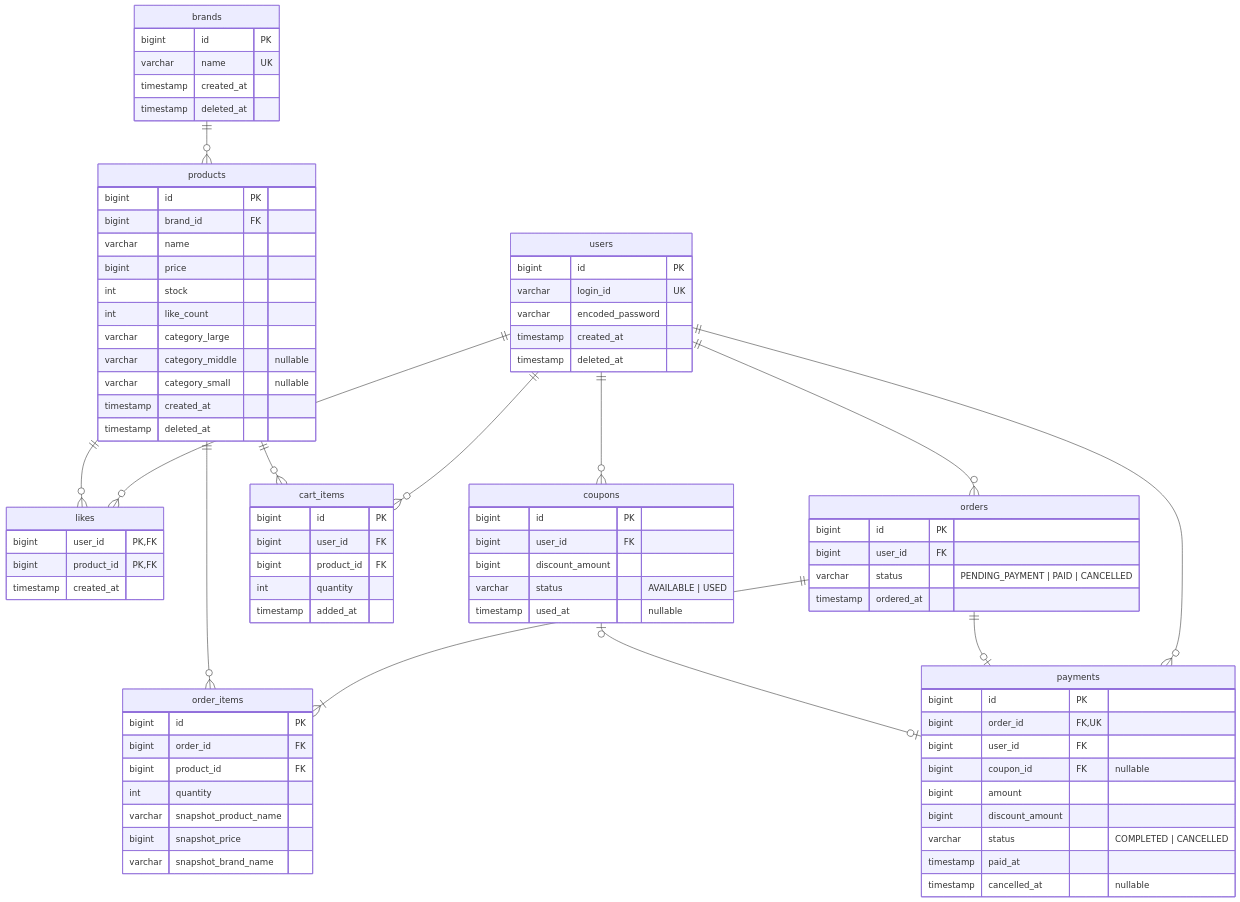
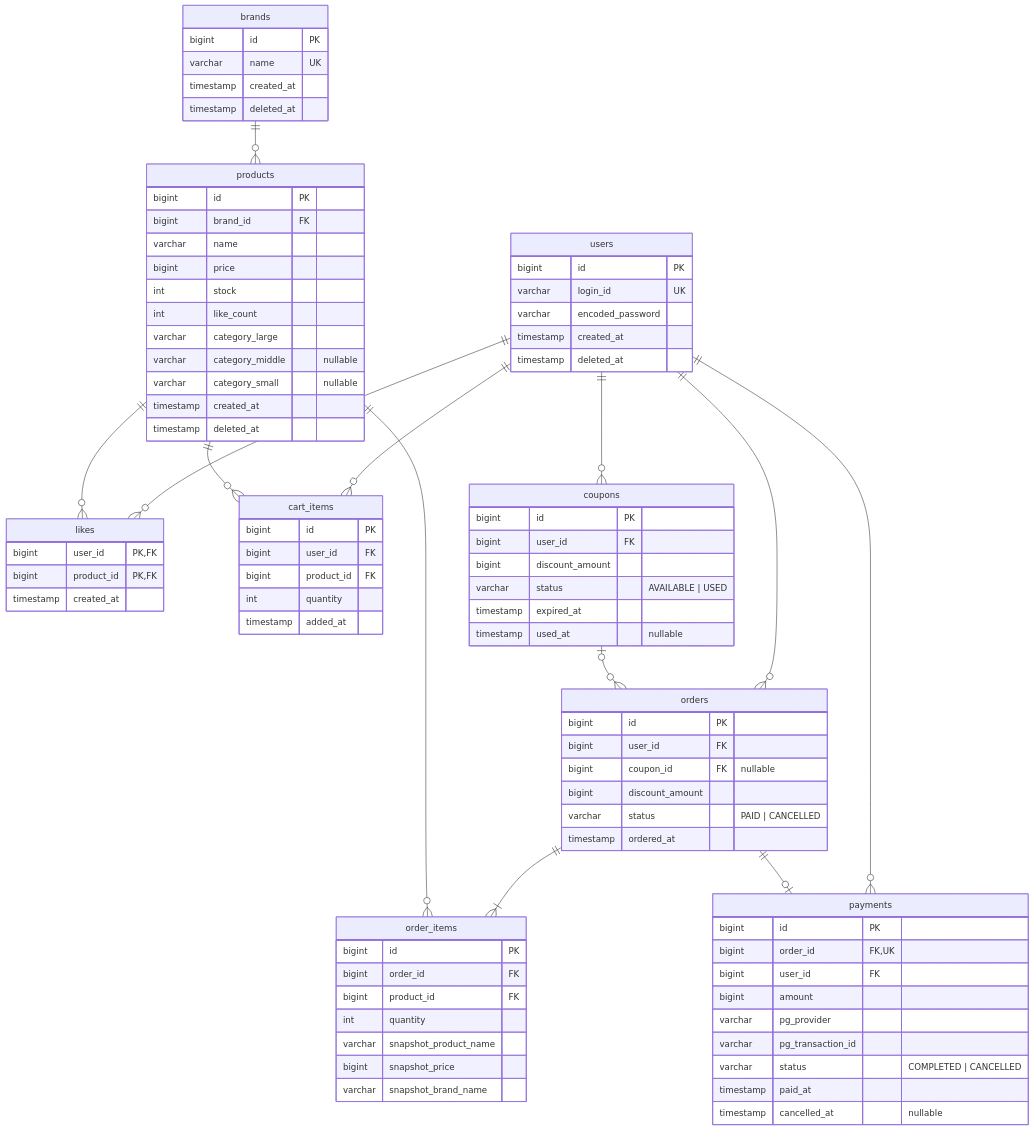
The diagram in .docs/design/erd.md (loopers-labs/loop-pack-be-l2-vol4-java), drawn with Mermaid before and after one commit. The commit also changed other lines of this file and 4 other files, not shown here.

````diff
--- a/.docs/design/erd.md
+++ b/.docs/design/erd.md
@@ -42,7 +42,9 @@
     orders {
         bigint id PK
         bigint user_id FK
-        varchar status "PENDING_PAYMENT | PAID | CANCELLED"
+        bigint coupon_id FK "nullable"
+        bigint discount_amount
+        varchar status "PAID | CANCELLED"
         timestamp ordered_at
     }
 
@@ -68,9 +70,9 @@
         bigint id PK
         bigint order_id FK, UK
         bigint user_id FK
-        bigint coupon_id FK "nullable"
         bigint amount
-        bigint discount_amount
+        varchar pg_provider
+        varchar pg_transaction_id
         varchar status "COMPLETED | CANCELLED"
         timestamp paid_at
         timestamp cancelled_at "nullable"
@@ -81,6 +83,7 @@
         bigint user_id FK
         bigint discount_amount
         varchar status "AVAILABLE | USED"
+        timestamp expired_at
         timestamp used_at "nullable"
     }
 
@@ -95,5 +98,5 @@
     users     ||--o{ payments   : ""
     orders    ||--o| payments   : ""
     users     ||--o{ coupons    : ""
-    coupons   o|--o| payments   : ""
+    coupons   o|--o{ orders     : ""
 ```
````
